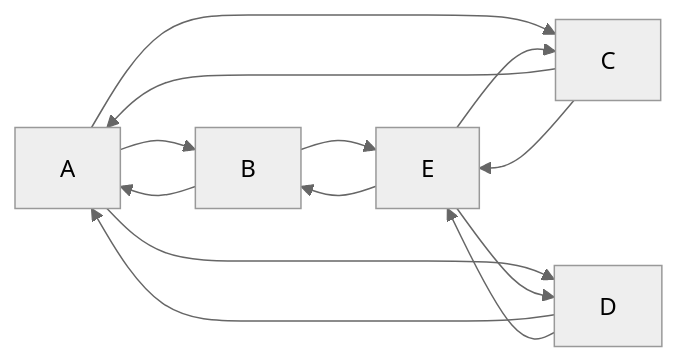
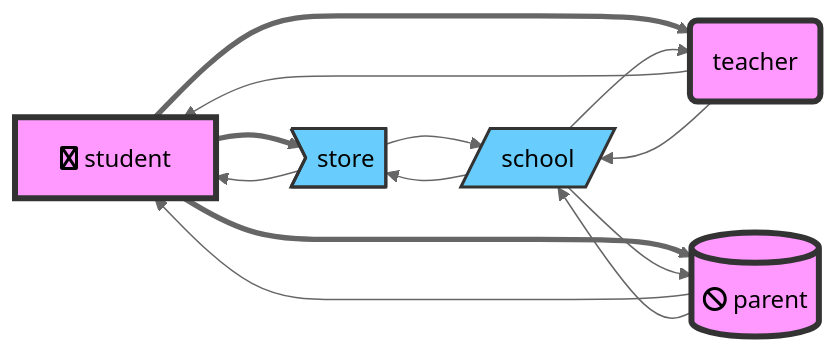
The second of 11 diagrams in aDoc/mermaid.md (jwang1122/python), drawn with Mermaid (neutral theme) before and after one commit. The commit also changed other lines of this file and 7 other files, not shown here.

Commit message:
add more sample on mermaid.md

````diff
--- a/aDoc/mermaid.md
+++ b/aDoc/mermaid.md
@@ -73,8 +83,12 @@
-    ```mermaid
-    graph LR;
-    A--> B & C & D;
-    B--> A & E;
+```mermaid
+graph LR;
+    classDef rect1 fill:#f9f,stroke:#333,stroke-width:4px;
+    classDef rect2 fill:#68cdfc,stroke:#333,stroke-width:2px;
+    A[fa:fa-twitter student]==> B>store] & C(teacher) & D[(fa:fa-ban parent)];
+    B--> A & E[/school/];
     C--> A & E;
     D--> A & E;
     E--> B & C & D;
-    ```
+    class A,C,D rect1
+    class B,E rect2
+```
````
